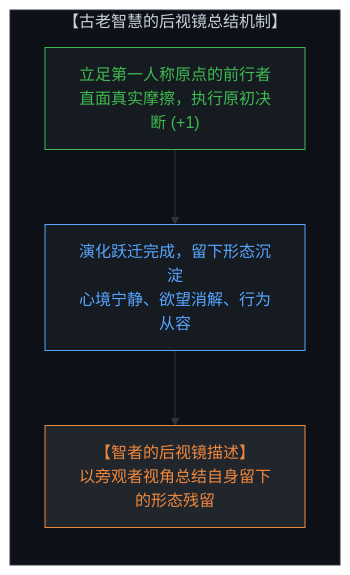
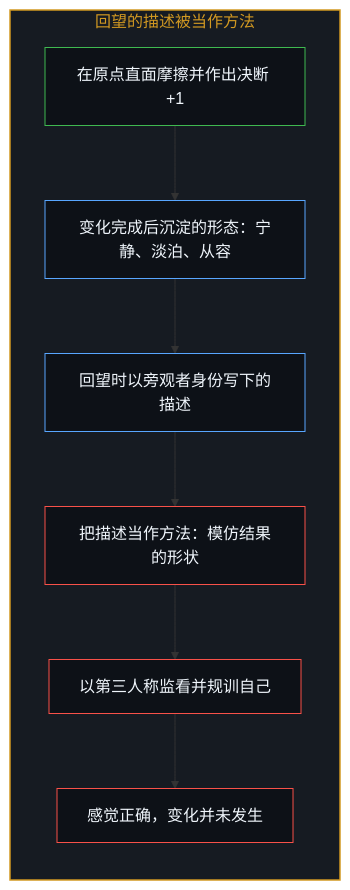
Before and after one commit to powerpig99/not-a-toe: the fifth of 12 diagrams in content/posts/the-geometry-of-the-cut.md, drawn with Mermaid. The commit also changed other lines of this file and 3 other files, not shown here.

Commit message:
Refine the-geometry-of-the-cut: alternating bilingual layout, English diagram twins, first-person framing

````diff
--- a/content/posts/the-geometry-of-the-cut.md
+++ b/content/posts/the-geometry-of-the-cut.md
@@ -122,15 +125,25 @@
 ```mermaid
-graph TD
-    subgraph SageRetrospective["【古老智慧的后视镜总结机制】"]
+flowchart TD
+    subgraph S_Hindsight["回望的描述被当作方法"]
         direction TB
-        LivingPioneer["立足第一人称原点的前行者<br>直面真实摩擦，执行原初决断 (+1)"]
-        CompletedEvolution["演化跃迁完成，留下形态沉淀<br>心境宁静、欲望消解、行为从容"]
-        RetrospectiveSummary["【智者的后视镜描述】<br>以旁观者视角总结自身留下的形态残留"]
-        LivingPioneer --> CompletedEvolution
-        CompletedEvolution --> RetrospectiveSummary
+        Walk["在原点直面摩擦并作出决断 +1"]
+        Residue["变化完成后沉淀的形态：宁静、淡泊、从容"]
+        Record["回望时以旁观者身份写下的描述"]
+        Method["把描述当作方法：模仿结果的形状"]
+        Watch["以第三人称监看并规训自己"]
+        Stall["感觉正确，变化并未发生"]
+        Walk --> Residue
+        Residue --> Record
+        Record --> Method
+        Method --> Watch
+        Watch --> Stall
     end
-    style SageRetrospective fill:#0d1117,stroke:#30363d,stroke-width:1px,color:#c9d1d9
-    style LivingPioneer fill:#161b22,stroke:#3fb950,stroke-width:1px,color:#3fb950
-    style CompletedEvolution fill:#161b22,stroke:#58a6ff,stroke-width:1px,color:#58a6ff
-    style RetrospectiveSummary fill:#21262d,stroke:#f0883e,color:#f0883e
+
+    style S_Hindsight fill:#161b22,stroke:#d29922,stroke-width:1.5px,color:#d29922
+    style Walk fill:#0d1117,stroke:#3fb950,stroke-width:1px,color:#f0f6fc
+    style Residue fill:#0d1117,stroke:#58a6ff,stroke-width:1px,color:#f0f6fc
+    style Record fill:#0d1117,stroke:#58a6ff,stroke-width:1px,color:#f0f6fc
+    style Method fill:#0d1117,stroke:#f85149,stroke-width:1px,color:#f0f6fc
+    style Watch fill:#0d1117,stroke:#f85149,stroke-width:1px,color:#f0f6fc
+    style Stall fill:#0d1117,stroke:#f85149,stroke-width:1px,color:#f0f6fc
 ```
````
